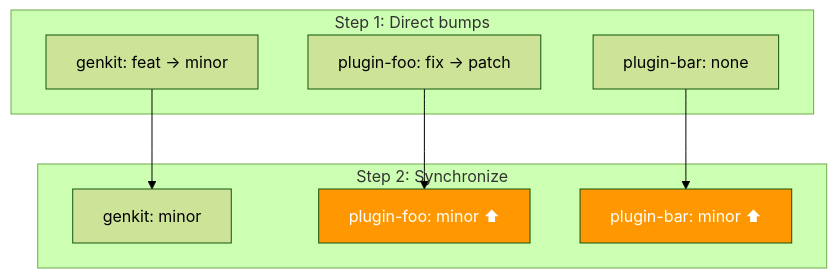
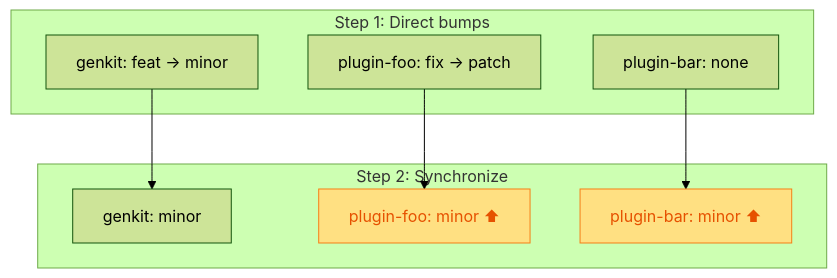
The third of 6 diagrams in tools/releasekit/docs/docs/internals/versioning.md (genkit-ai/genkit-python), drawn with Mermaid (forest theme) before and after one commit. The commit also changed other lines of this file and 208 other files, not shown here.

````diff
--- a/tools/releasekit/docs/docs/internals/versioning.md
+++ b/tools/releasekit/docs/docs/internals/versioning.md
@@ -92,21 +92,21 @@
 ```mermaid
 graph TD
     subgraph "Step 1: Direct bumps"
         A["genkit: feat → minor"]
         B["plugin-foo: fix → patch"]
         C["plugin-bar: none"]
     end
 
     subgraph "Step 2: Synchronize"
         A2["genkit: minor"]
         B2["plugin-foo: minor ⬆"]
         C2["plugin-bar: minor ⬆"]
     end
 
     A --> A2
     B --> B2
     C --> C2
 
-    style B2 fill:#ff9800,color:#fff
-    style C2 fill:#ff9800,color:#fff
+    style B2 fill:#ffe082,stroke:#f57f17,color:#e65100
+    style C2 fill:#ffe082,stroke:#f57f17,color:#e65100
 ```
````
